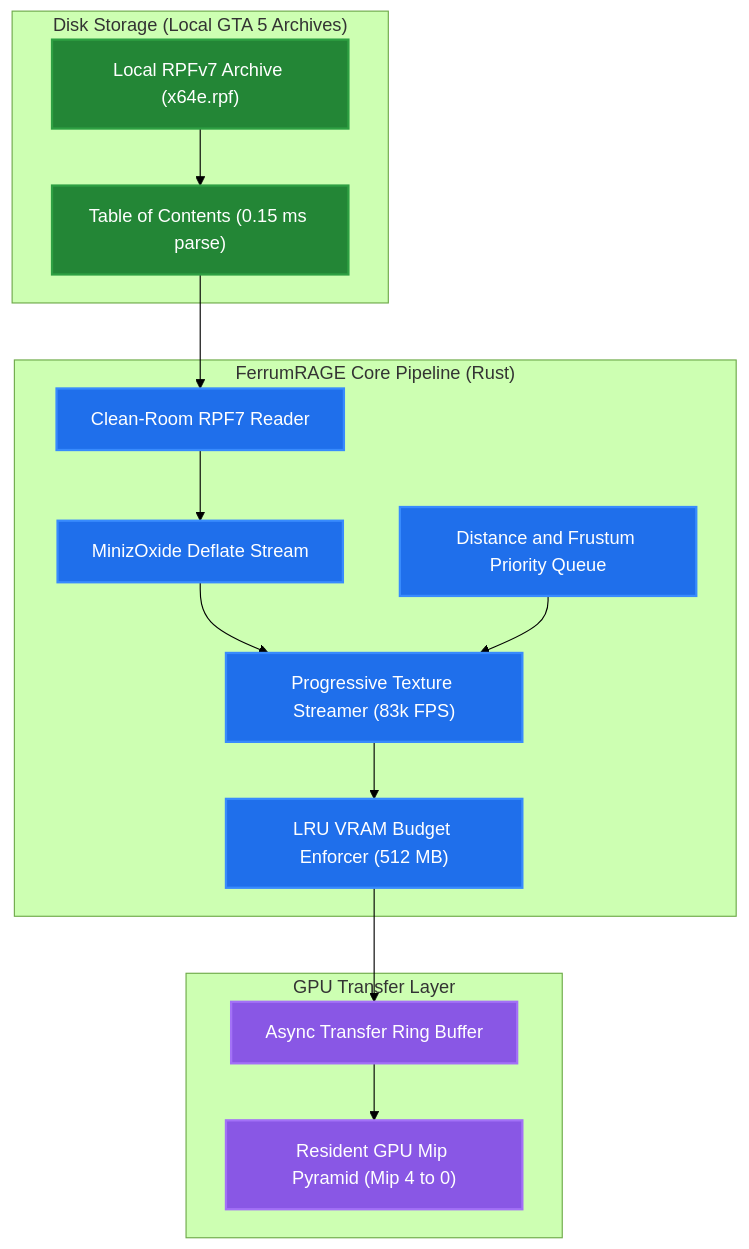
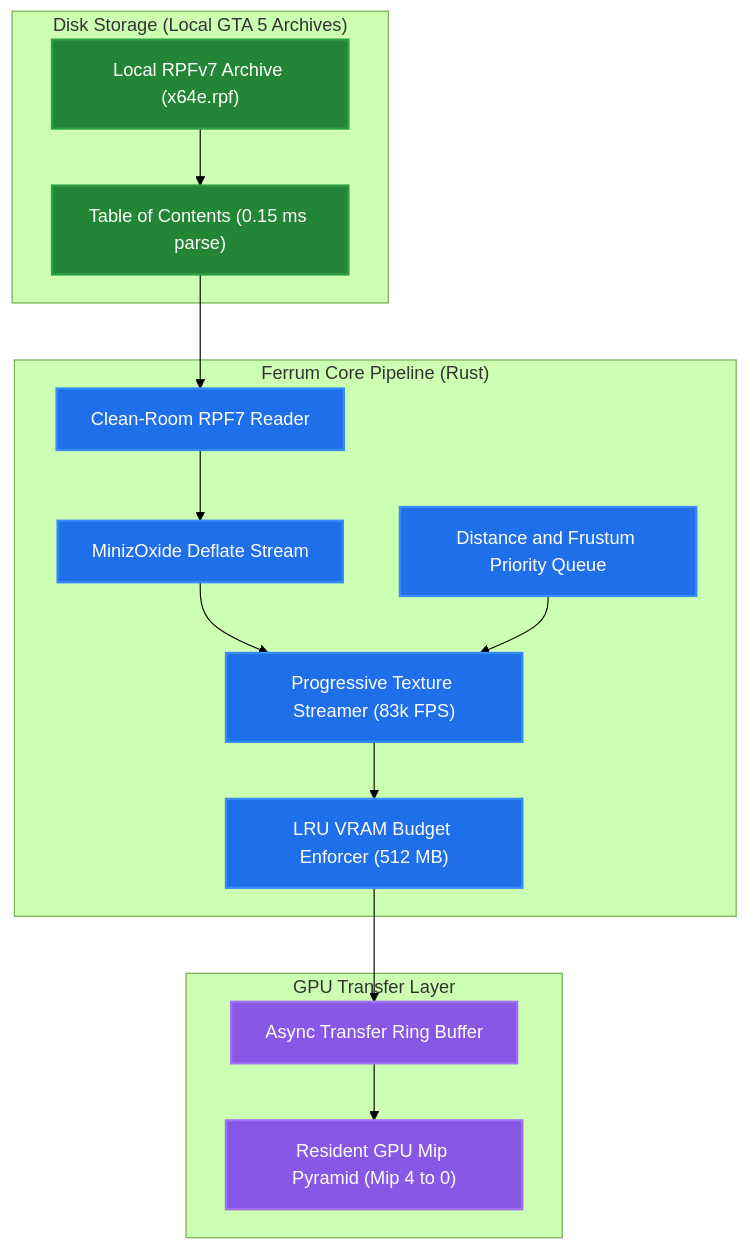
One commit to steoward/Ferge changed the first of 2 diagrams in BENCHMARKS.md. Above: the diagram before and after it, drawn with Mermaid (forest theme). The commit also changed other lines of this file and 8 other files, not shown here.

Commit message:
fix(charts): sanitize XML in SVGs, expand spacing to prevent overlap, and rename engine to Ferrum

````diff
--- a/BENCHMARKS.md
+++ b/BENCHMARKS.md
@@ -54,33 +54,33 @@
 ```mermaid
 flowchart TD
     classDef storage fill:#238636,stroke:#2ea043,stroke-width:2px,color:#ffffff;
     classDef rust fill:#1f6feb,stroke:#388bfd,stroke-width:2px,color:#ffffff;
     classDef gpu fill:#8957e5,stroke:#a371f7,stroke-width:2px,color:#ffffff;
 
     subgraph Disk["Disk Storage (Local GTA 5 Archives)"]
         RPF["Local RPFv7 Archive (x64e.rpf)"]:::storage
         TOC["Table of Contents (0.15 ms parse)"]:::storage
     end
 
-    subgraph FerrumRAGE["FerrumRAGE Core Pipeline (Rust)"]
+    subgraph Ferrum["Ferrum Core Pipeline (Rust)"]
         Reader["Clean-Room RPF7 Reader"]:::rust
         PQ["Distance and Frustum Priority Queue"]:::rust
         Decomp["MinizOxide Deflate Stream"]:::rust
         Streamer["Progressive Texture Streamer (83k FPS)"]:::rust
         VRAM["LRU VRAM Budget Enforcer (512 MB)"]:::rust
     end
 
     subgraph Output["GPU Transfer Layer"]
         Ring["Async Transfer Ring Buffer"]:::gpu
         GPU["Resident GPU Mip Pyramid (Mip 4 to 0)"]:::gpu
     end
 
     RPF --> TOC
     TOC --> Reader
     Reader --> Decomp
     Decomp --> Streamer
     PQ --> Streamer
     Streamer --> VRAM
     VRAM --> Ring
     Ring --> GPU
 ```
````
